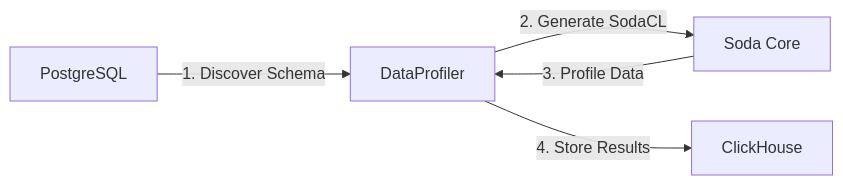
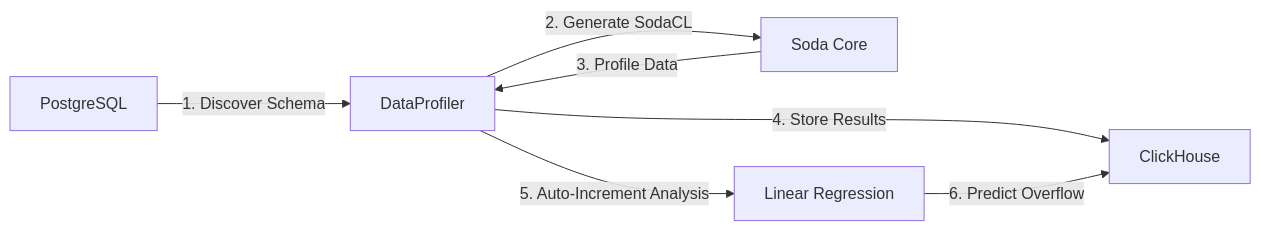
Before and after one commit to nontster/DataProfiler: the diagram in README.th.md, drawn with Mermaid. The commit also changed other lines of this file and 13 other files, not shown here.

First line of the commit message:
feat: Add Auto-Increment Overflow Monitoring to React Dashboard

````diff
--- a/README.th.md
+++ b/README.th.md
@@ -242,7 +304,9 @@
 ```mermaid
 flowchart LR
     A[PostgreSQL] -->|1. Discover Schema| B[DataProfiler]
     B -->|2. Generate SodaCL| C[Soda Core]
     C -->|3. Profile Data| B
     B -->|4. Store Results| D[ClickHouse]
+    B -->|5. Auto-Increment Analysis| E[Linear Regression]
+    E -->|6. Predict Overflow| D
 ```
````
